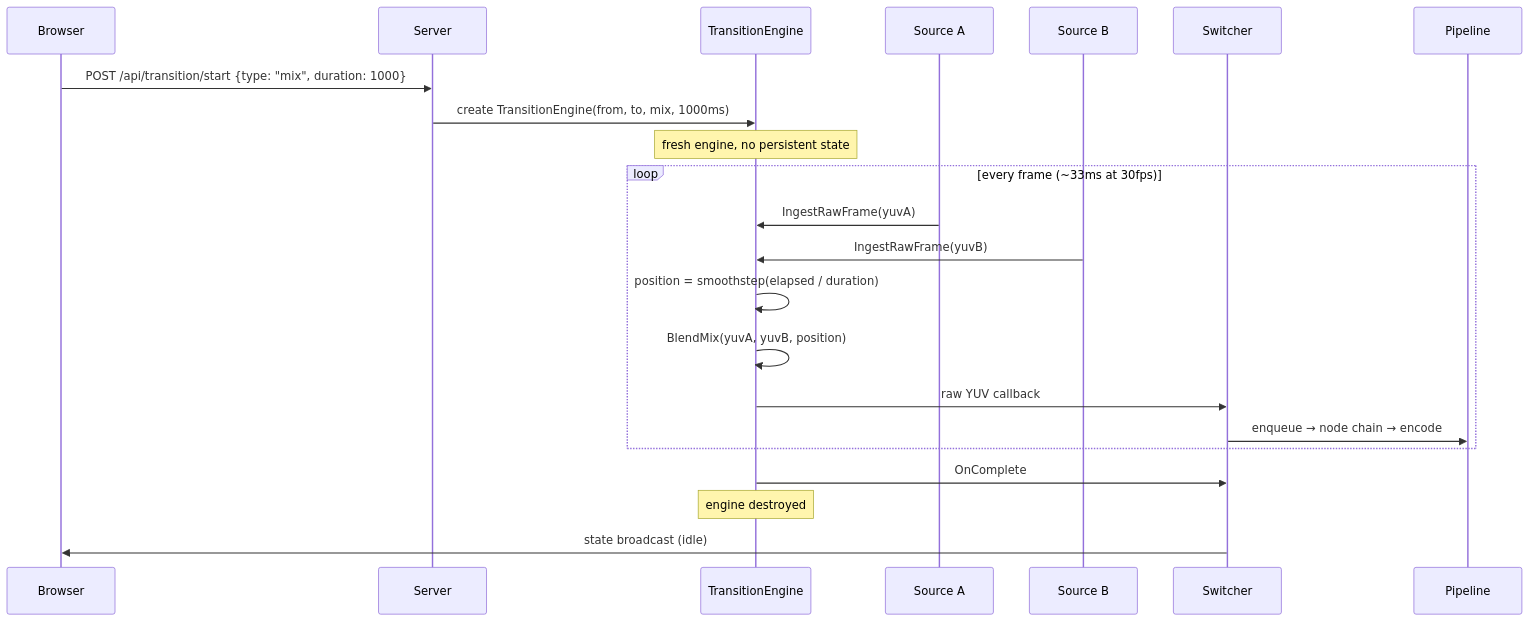
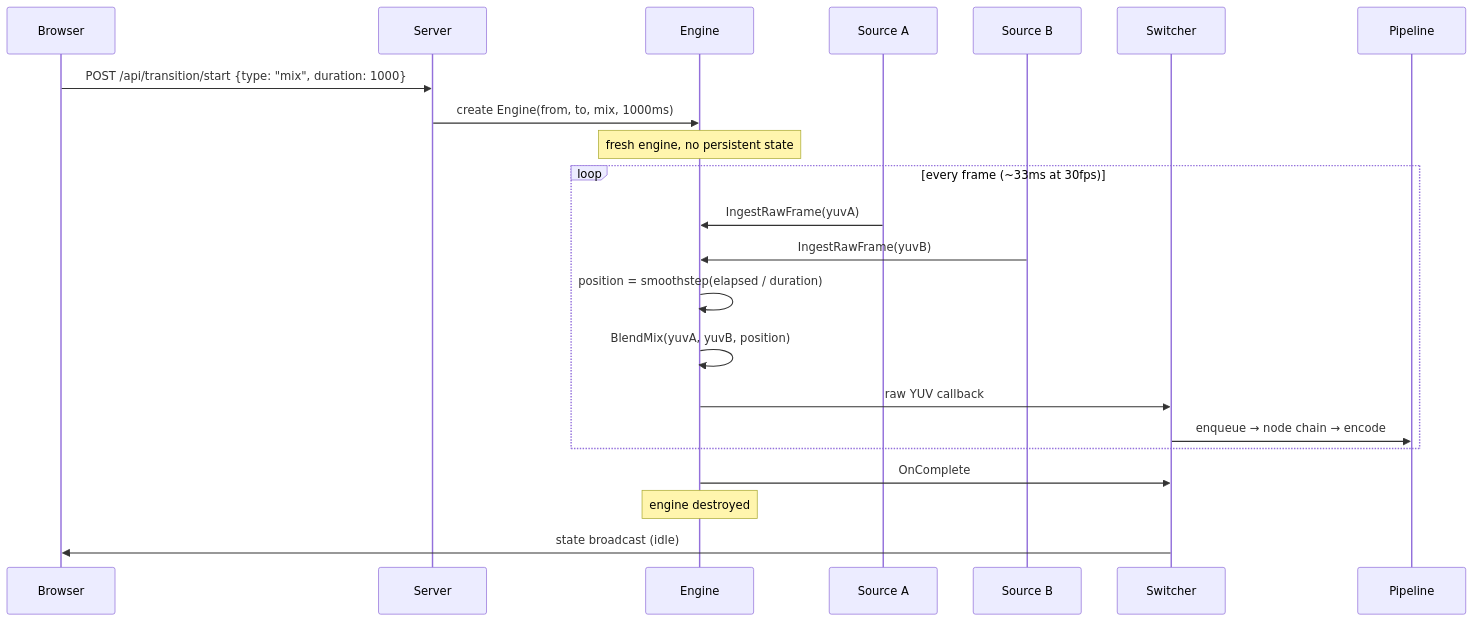
Before and after one commit to zsiec/switchframe: the sixth of 17 diagrams in docs/architecture.md, drawn with Mermaid. The commit also changed other lines of this file and 92 other files, not shown here.

````diff
--- a/docs/architecture.md
+++ b/docs/architecture.md
@@ -215,27 +215,27 @@
 ```mermaid
 sequenceDiagram
     participant Browser
     participant Server
-    participant TE as TransitionEngine
+    participant TE as Engine
     participant SrcA as Source A
     participant SrcB as Source B
     participant SW as Switcher
     participant Pipe as Pipeline
 
     Browser->>Server: POST /api/transition/start {type: "mix", duration: 1000}
-    Server->>TE: create TransitionEngine(from, to, mix, 1000ms)
+    Server->>TE: create Engine(from, to, mix, 1000ms)
     Note over TE: fresh engine, no persistent state
 
     loop every frame (~33ms at 30fps)
         SrcA->>TE: IngestRawFrame(yuvA)
         SrcB->>TE: IngestRawFrame(yuvB)
         TE->>TE: position = smoothstep(elapsed / duration)
         TE->>TE: BlendMix(yuvA, yuvB, position)
         TE->>SW: raw YUV callback
         SW->>Pipe: enqueue → node chain → encode
     end
 
     TE->>SW: OnComplete
     Note over TE: engine destroyed
     SW->>Browser: state broadcast (idle)
 ```
````
